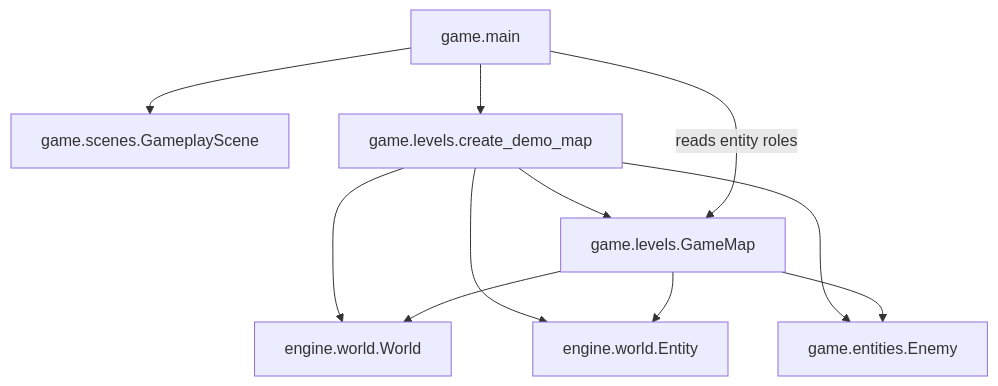
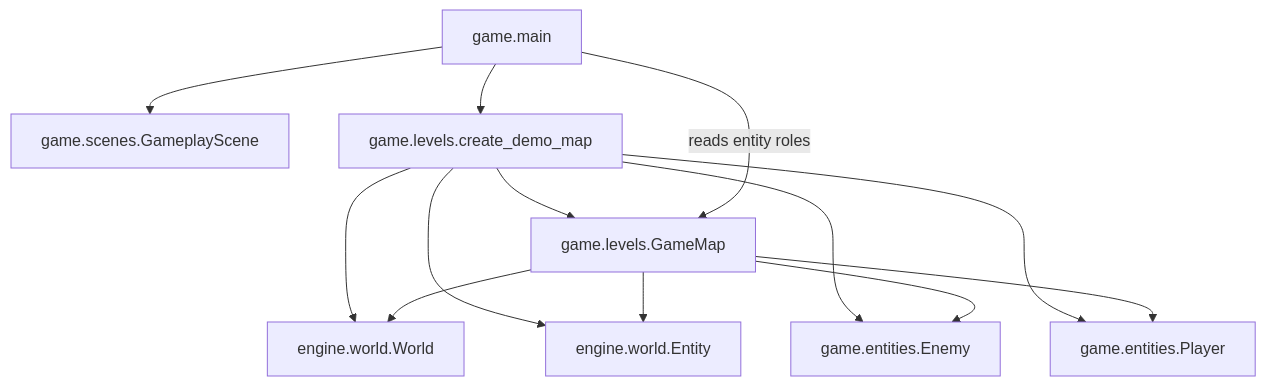
Before and after one commit to VincentMardon/my_first_adventure_game: the diagram in docs/architecture/levels.md, drawn with Mermaid. The commit also changed other lines of this file and 19 other files, not shown here.

````diff
--- a/docs/architecture/levels.md
+++ b/docs/architecture/levels.md
@@ -64,21 +65,24 @@
 ```mermaid
 flowchart TD
     GameMap["game.levels.GameMap"]
     GameMain["game.main"]
     GameplayScene["game.scenes.GameplayScene"]
     DemoMap["game.levels.create_demo_map"]
     World["engine.world.World"]
     Entity["engine.world.Entity"]
     Enemy["game.entities.Enemy"]
+    Player["game.entities.Player"]
 
     DemoMap --> GameMap
     DemoMap --> World
     DemoMap --> Entity
     DemoMap --> Enemy
+    DemoMap --> Player
     GameMap --> World
     GameMap --> Entity
     GameMap --> Enemy
+    GameMap --> Player
     GameMain --> DemoMap
     GameMain -->|"reads entity roles"| GameMap
     GameMain --> GameplayScene
 ```
````
